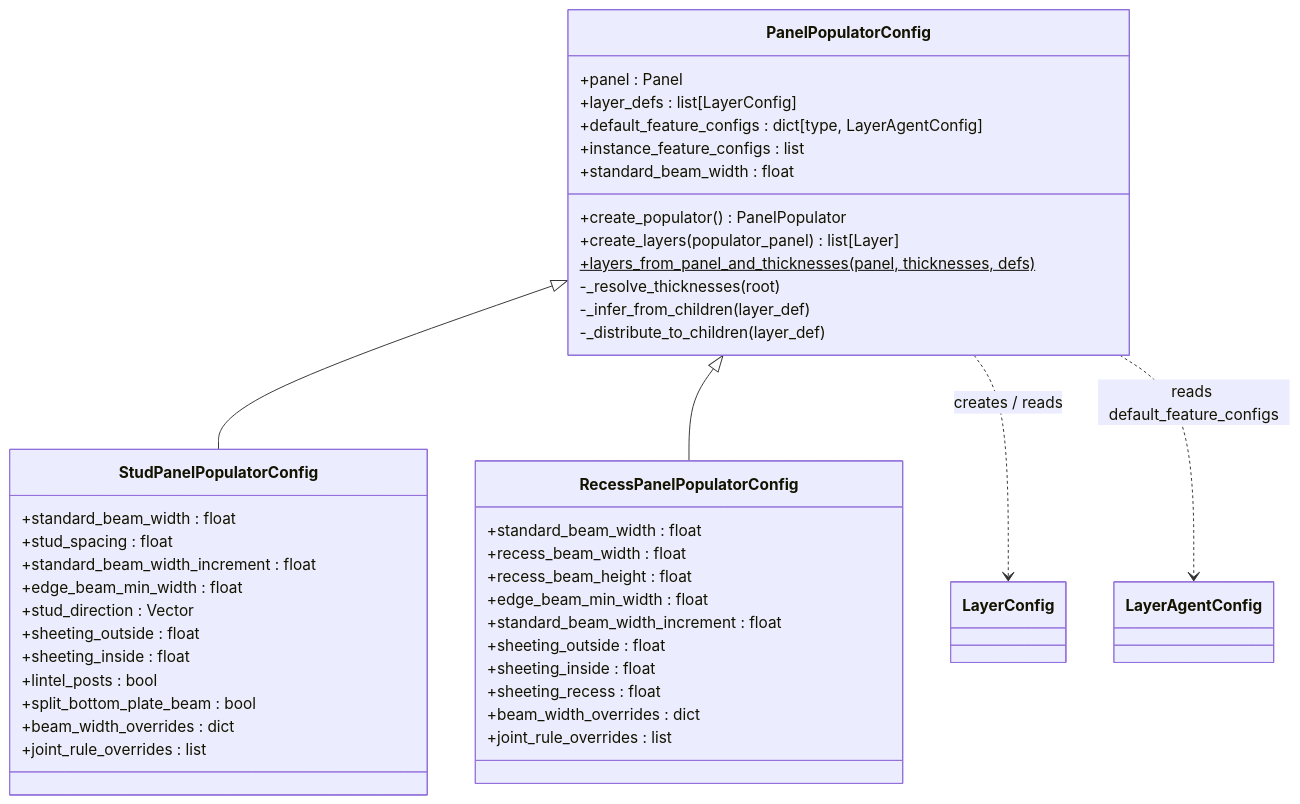
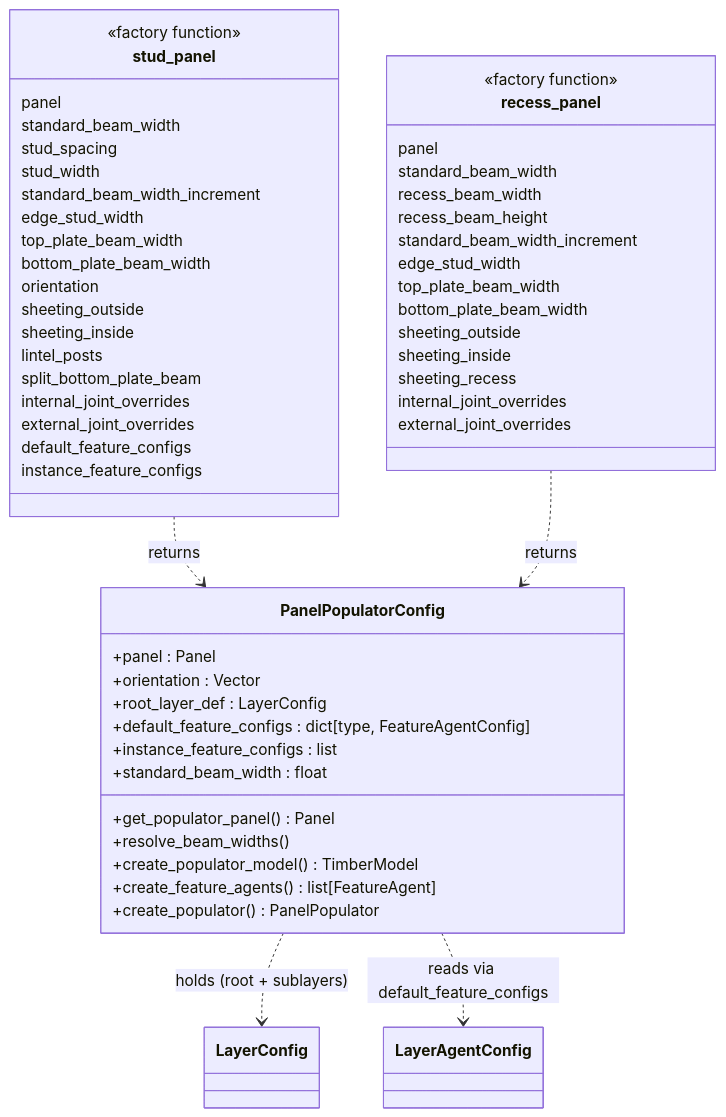
The second of 7 diagrams in docs/contribution/class_diagrams.md (gramaziokohler/timber_design), drawn with Mermaid before and after one commit. The commit also changed other lines of this file and 25 other files, not shown here.

````diff
--- a/docs/contribution/class_diagrams.md
+++ b/docs/contribution/class_diagrams.md
@@ -94,49 +103,60 @@
 ```mermaid
 classDiagram
 
     class PanelPopulatorConfig {
         +panel : Panel
-        +layer_defs : list[LayerConfig]
-        +default_feature_configs : dict[type, LayerAgentConfig]
+        +orientation : Vector
+        +root_layer_def : LayerConfig
+        +default_feature_configs : dict[type, FeatureAgentConfig]
         +instance_feature_configs : list
         +standard_beam_width : float
+        +get_populator_panel() Panel
+        +resolve_beam_widths()
+        +create_populator_model() TimberModel
+        +create_feature_agents() list[FeatureAgent]
         +create_populator() PanelPopulator
-        +create_layers(populator_panel) list[Layer]
-        +layers_from_panel_and_thicknesses(panel, thicknesses, defs)$
-        -_resolve_thicknesses(root)
-        -_infer_from_children(layer_def)
-        -_distribute_to_children(layer_def)
     }
 
-    class StudPanelPopulatorConfig {
-        +standard_beam_width : float
-        +stud_spacing : float
-        +standard_beam_width_increment : float
-        +edge_beam_min_width : float
-        +stud_direction : Vector
-        +sheeting_outside : float
-        +sheeting_inside : float
-        +lintel_posts : bool
-        +split_bottom_plate_beam : bool
-        +beam_width_overrides : dict
-        +joint_rule_overrides : list
+    class stud_panel {
+        <<factory function>>
+        panel
+        standard_beam_width
+        stud_spacing
+        stud_width
+        standard_beam_width_increment
+        edge_stud_width
+        top_plate_beam_width
+        bottom_plate_beam_width
+        orientation
+        sheeting_outside
+        sheeting_inside
+        lintel_posts
+        split_bottom_plate_beam
+        internal_joint_overrides
+        external_joint_overrides
+        default_feature_configs
+        instance_feature_configs
     }
 
-    class RecessPanelPopulatorConfig {
-        +standard_beam_width : float
-        +recess_beam_width : float
-        +recess_beam_height : float
-        +edge_beam_min_width : float
-        +standard_beam_width_increment : float
-        +sheeting_outside : float
-        +sheeting_inside : float
-        +sheeting_recess : float
-        +beam_width_overrides : dict
-        +joint_rule_overrides : list
+    class recess_panel {
+        <<factory function>>
+        panel
+        standard_beam_width
+        recess_beam_width
+        recess_beam_height
+        standard_beam_width_increment
+        edge_stud_width
+        top_plate_beam_width
+        bottom_plate_beam_width
+        sheeting_outside
+        sheeting_inside
+        sheeting_recess
+        internal_joint_overrides
+        external_joint_overrides
     }
 
-    PanelPopulatorConfig <|-- StudPanelPopulatorConfig
-    PanelPopulatorConfig <|-- RecessPanelPopulatorConfig
-    PanelPopulatorConfig ..> LayerConfig : creates / reads
-    PanelPopulatorConfig ..> LayerAgentConfig : reads default_feature_configs
+    stud_panel ..> PanelPopulatorConfig : returns
+    recess_panel ..> PanelPopulatorConfig : returns
+    PanelPopulatorConfig ..> LayerConfig : holds (root + sublayers)
+    PanelPopulatorConfig ..> LayerAgentConfig : reads via default_feature_configs
 ```
````
